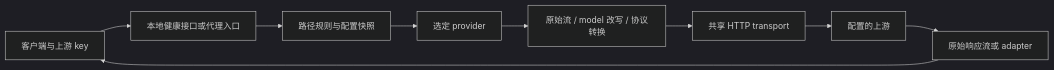
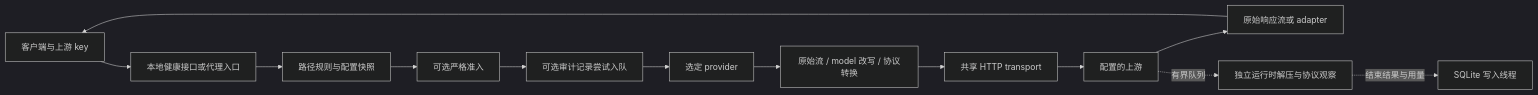
Before and after one commit to aarontianqx/nebula: the diagram in transit/specs/architecture.md, drawn with Mermaid (dark theme). The commit also changed other lines of this file and 19 other files, not shown here.

````diff
--- a/transit/specs/architecture.md
+++ b/transit/specs/architecture.md
@@ -35,11 +42,15 @@
 ```mermaid
 flowchart LR
     C[客户端与上游 key] --> H[本地健康接口或代理入口]
     H --> R[路径规则与配置快照]
-    R --> P[选定 provider]
+    R --> G[可选严格准入]
+    G --> D[可选审计记录尝试入队]
+    D --> P[选定 provider]
     P --> A[原始流 / model 改写 / 协议转换]
     A --> T[共享 HTTP transport]
     T --> U[配置的上游]
     U --> B[原始响应流或 adapter]
     B --> C
+    U -. 有界队列 .-> O[独立运行时解压与协议观察]
+    O -. 结束结果与用量 .-> S[SQLite 写入线程]
 ```
````
